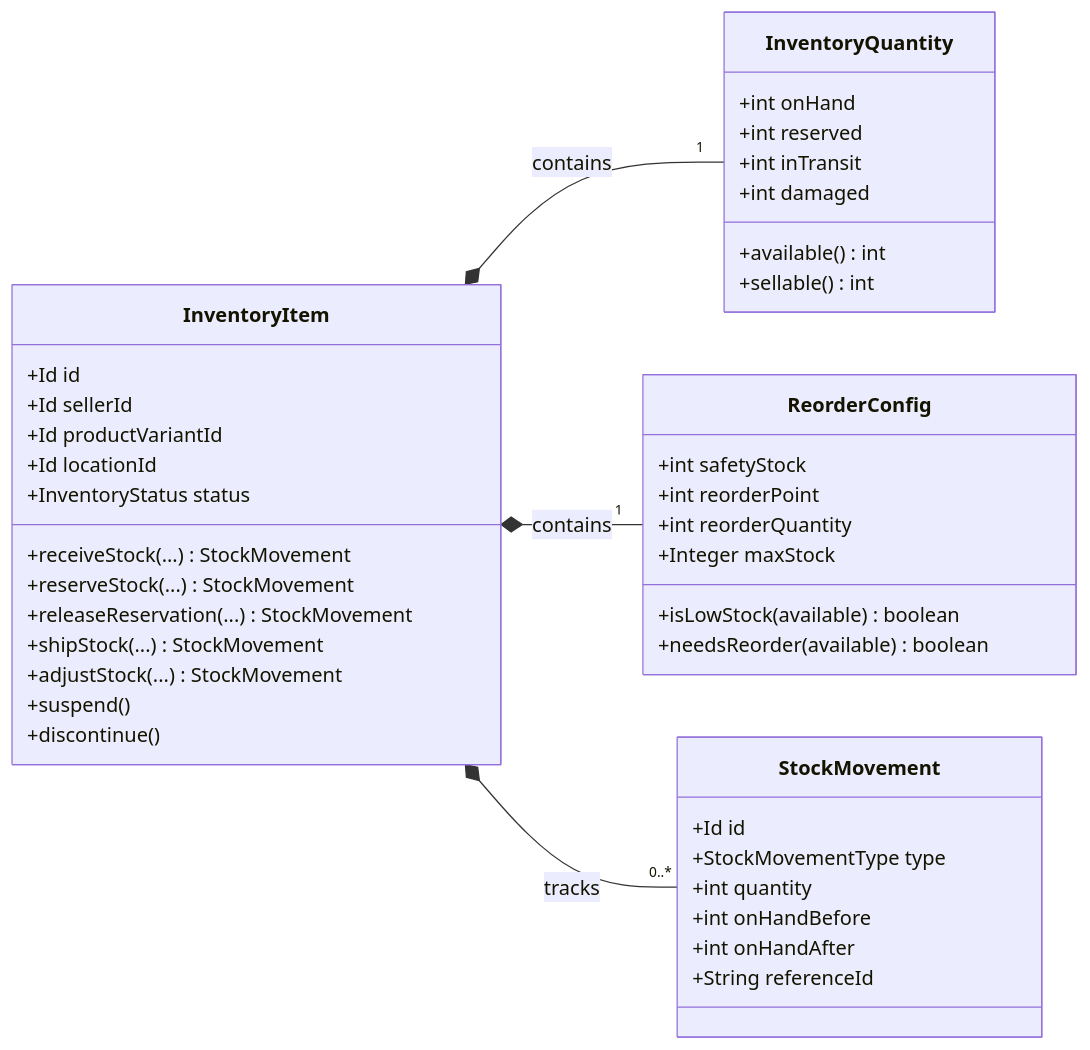
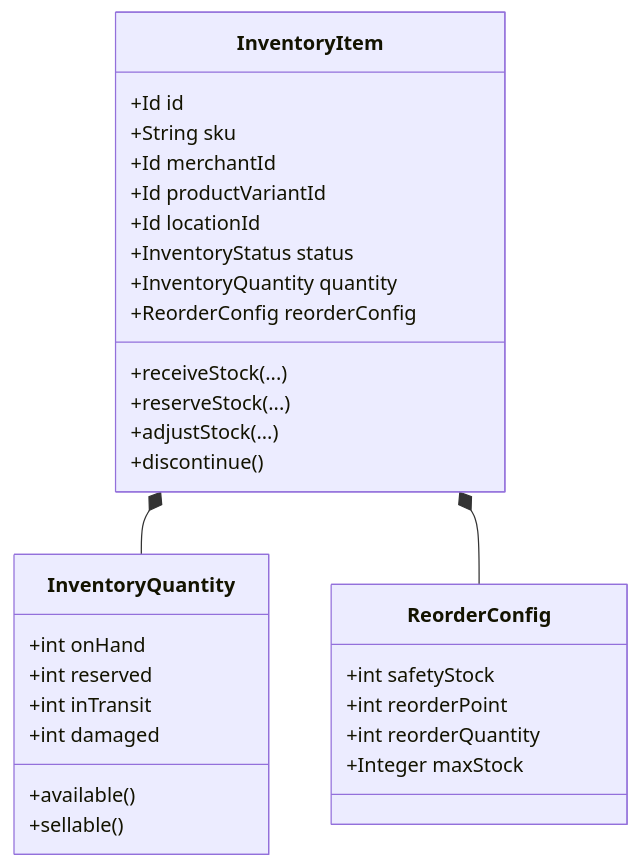
One commit to khinemyaezin/grab changed the second of 3 diagrams in docs/spec/domain/inventory/architecture/inventory-item-domain-spec.md. Above: the diagram before and after it, drawn with Mermaid. The commit also changed other lines of this file and 47 other files, not shown here.

````diff
--- a/docs/spec/domain/inventory/architecture/inventory-item-domain-spec.md
+++ b/docs/spec/domain/inventory/architecture/inventory-item-domain-spec.md
@@ -68,50 +47,33 @@
 ```mermaid
 classDiagram
-    direction LR
-
     class InventoryItem {
         +Id id
-        +Id sellerId
+        +String sku
+        +Id merchantId
         +Id productVariantId
         +Id locationId
         +InventoryStatus status
-        +receiveStock(...) StockMovement
-        +reserveStock(...) StockMovement
-        +releaseReservation(...) StockMovement
-        +shipStock(...) StockMovement
-        +adjustStock(...) StockMovement
-        +suspend()
+        +InventoryQuantity quantity
+        +ReorderConfig reorderConfig
+        +receiveStock(...)
+        +reserveStock(...)
+        +adjustStock(...)
         +discontinue()
     }
-
     class InventoryQuantity {
         +int onHand
         +int reserved
         +int inTransit
         +int damaged
-        +available() int
-        +sellable() int
+        +available()
+        +sellable()
     }
-
     class ReorderConfig {
         +int safetyStock
         +int reorderPoint
         +int reorderQuantity
         +Integer maxStock
-        +isLowStock(available) boolean
-        +needsReorder(available) boolean
     }
-    
-    class StockMovement {
-        +Id id
-        +StockMovementType type
-        +int quantity
-        +int onHandBefore
-        +int onHandAfter
-        +String referenceId
-    }
-
-    InventoryItem *-- "1" InventoryQuantity : contains
-    InventoryItem *-- "1" ReorderConfig : contains
-    InventoryItem *-- "0..*" StockMovement : tracks
+    InventoryItem *-- InventoryQuantity
+    InventoryItem *-- ReorderConfig
 ```
````
